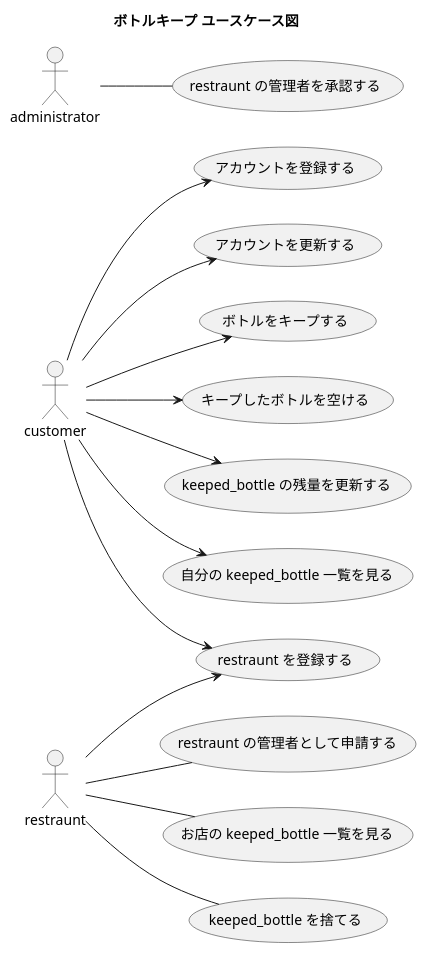
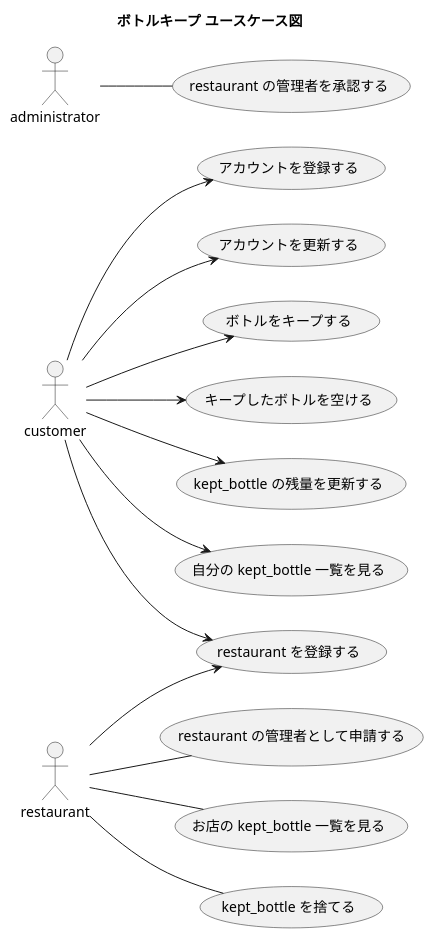
One commit to tomoeine/blog changed the diagram in doc/bottle-keeper/usecase-draft.pu. Above: the diagram before and after it, drawn with PlantUML. The commit also changed 2 other files, not shown here.

```diff
--- a/doc/bottle-keeper/usecase-draft.pu
+++ b/doc/bottle-keeper/usecase-draft.pu
@@ -1,26 +1,26 @@
 @startuml
 
 title ボトルキープ ユースケース図
 
 left to right direction
 
 actor customer
-actor restraunt
+actor restaurant
 actor administrator
 
-usecase (restraunt を登録する) as register_restraunt
+usecase (restaurant を登録する) as register_restaurant
 
 customer --> (アカウントを登録する)
 customer --> (アカウントを更新する)
 customer --> (ボトルをキープする)
 customer --> (キープしたボトルを空ける)
-customer --> (keeped_bottle の残量を更新する)
-customer --> (自分の keeped_bottle 一覧を見る)
-customer --> register_restraunt
-restraunt -- (restraunt の管理者として申請する)
-restraunt -- (お店の keeped_bottle 一覧を見る)
-restraunt -- (keeped_bottle を捨てる)
-restraunt --> register_restraunt
-administrator -- (restraunt の管理者を承認する)
+customer --> (kept_bottle の残量を更新する)
+customer --> (自分の kept_bottle 一覧を見る)
+customer --> register_restaurant
+restaurant -- (restaurant の管理者として申請する)
+restaurant -- (お店の kept_bottle 一覧を見る)
+restaurant -- (kept_bottle を捨てる)
+restaurant --> register_restaurant
+administrator -- (restaurant の管理者を承認する)
 
 @enduml
```
